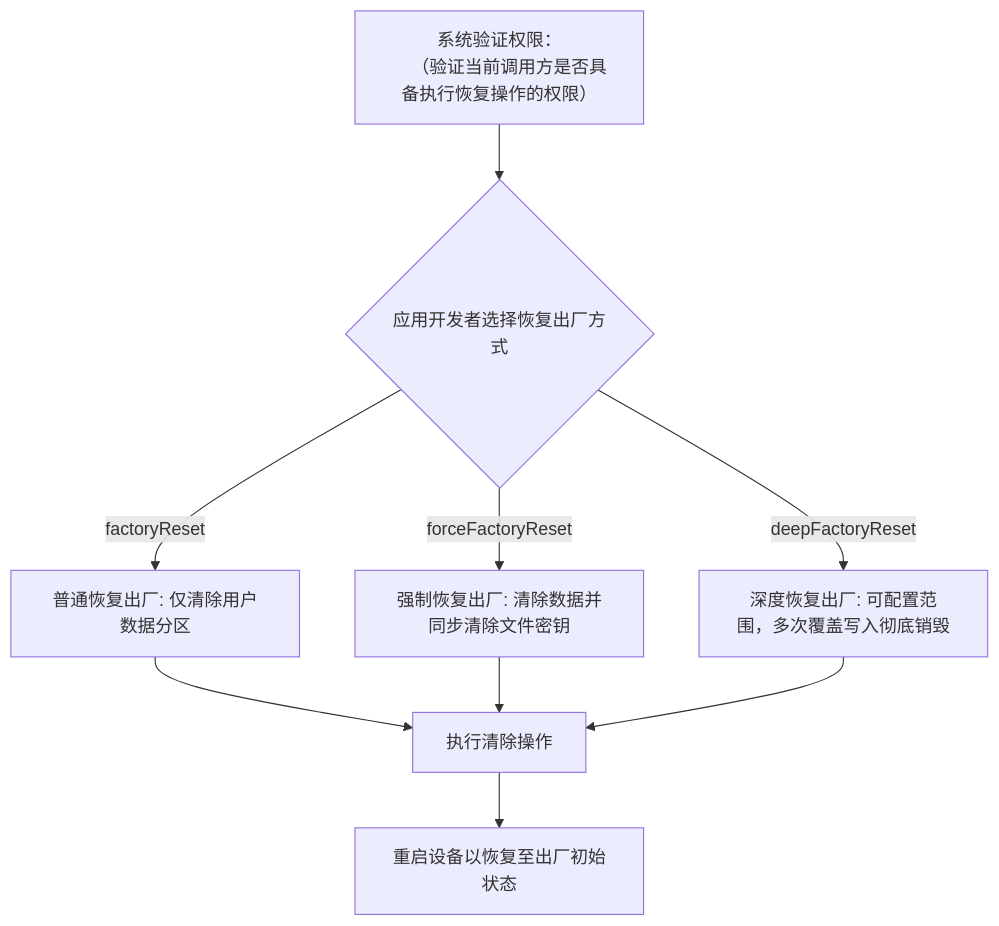
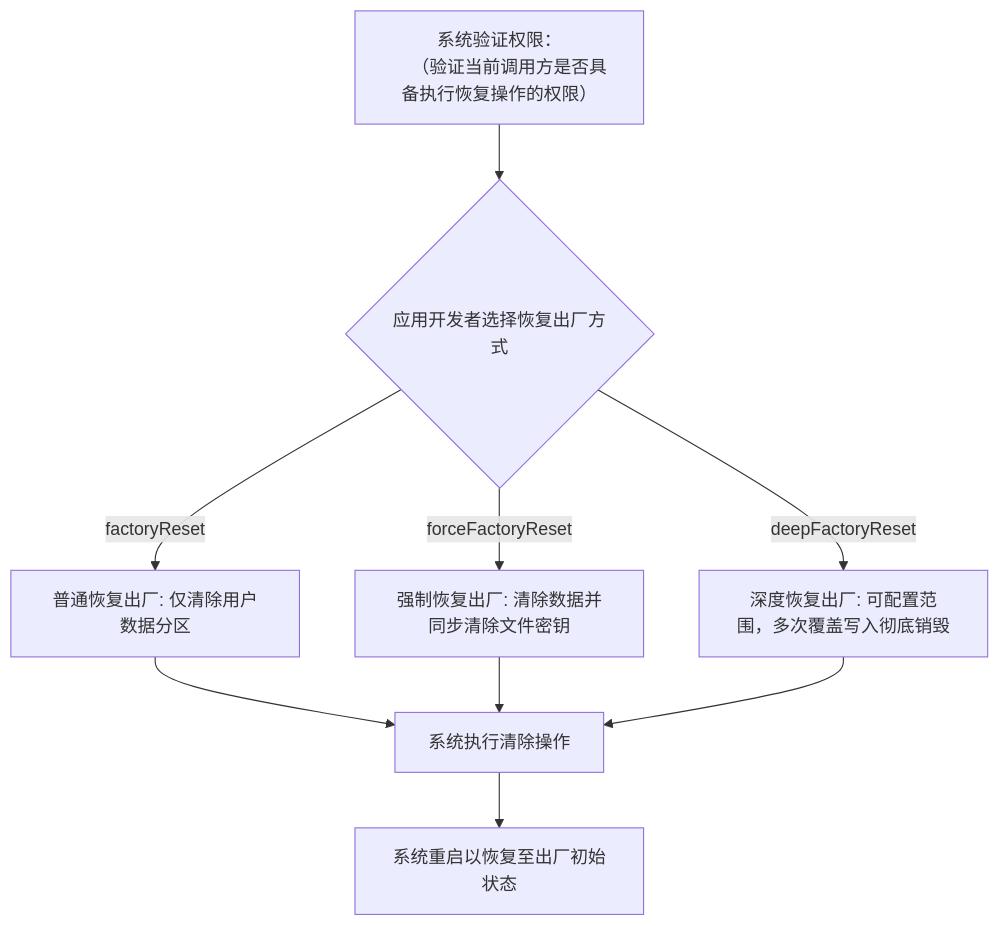
Before and after one commit to openharmony-rs/openharmony-docs: the third of 6 diagrams in zh-cn/application-dev/reference/apis-basic-services-kit/js-apis-update-sys.md, drawn with Mermaid. The commit also changed other lines of this file, not shown here.

````diff
--- a/zh-cn/application-dev/reference/apis-basic-services-kit/js-apis-update-sys.md
+++ b/zh-cn/application-dev/reference/apis-basic-services-kit/js-apis-update-sys.md
@@ -60,12 +62,12 @@
 ```mermaid
 graph TD
     A[系统验证权限：
     （验证当前调用方是否具备执行恢复操作的权限）] --> B{应用开发者选择恢复出厂方式} 
     B -->|factoryReset| C1[普通恢复出厂: 仅清除用户数据分区]
     B -->|forceFactoryReset| C2[强制恢复出厂: 清除数据并同步清除文件密钥]
     B -->|deepFactoryReset| C3[深度恢复出厂: 可配置范围，多次覆盖写入彻底销毁]
-    C1 --> D[执行清除操作]
+    C1 --> D[系统执行清除操作]
     C2 --> D
     C3 --> D
-    D --> E[重启设备以恢复至出厂初始状态]
+    D --> E[系统重启以恢复至出厂初始状态]
 ```
````
